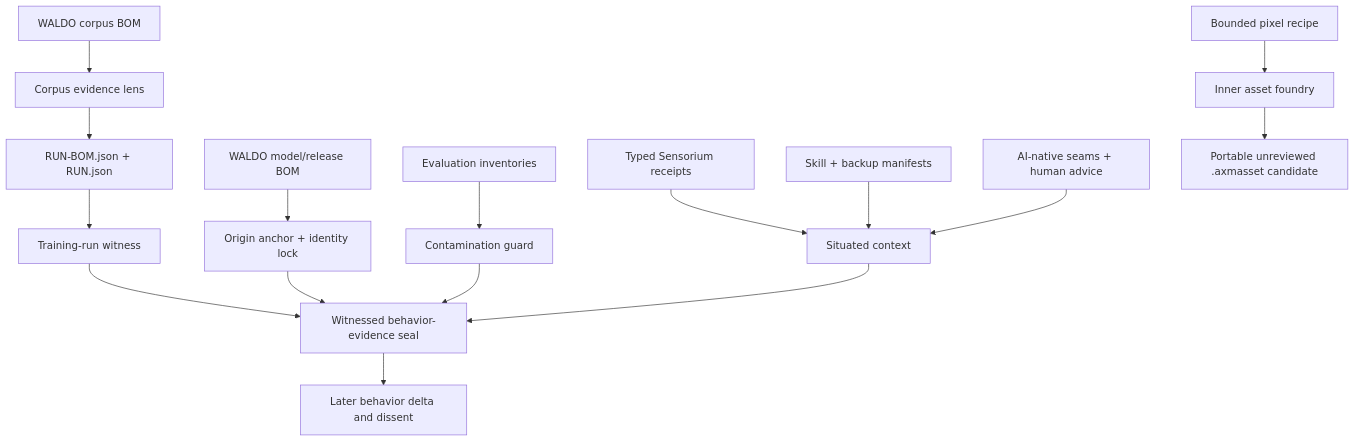
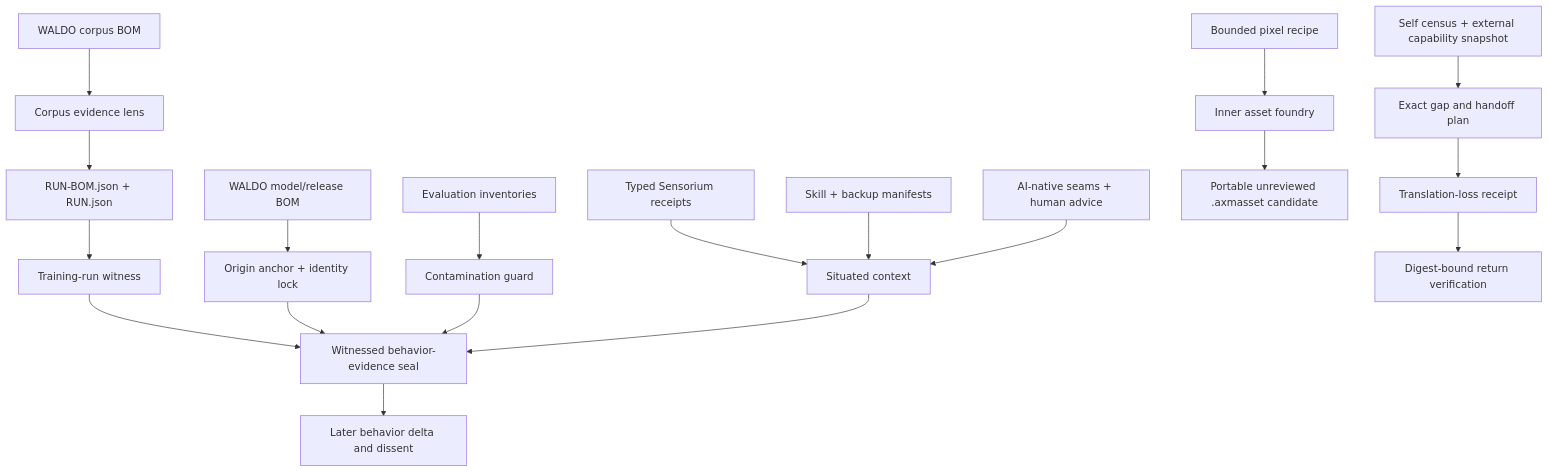
Before and after one commit to mike-axiom-mir/waldo-axm-mirror-research: the diagram in AXM_MIRROR_EXPERIMENT.md, drawn with Mermaid. The commit also changed other lines of this file and 17 other files, not shown here.

````diff
--- a/AXM_MIRROR_EXPERIMENT.md
+++ b/AXM_MIRROR_EXPERIMENT.md
@@ -29,18 +29,21 @@
 ```mermaid
 flowchart TD
     A["WALDO corpus BOM"] --> B["Corpus evidence lens"]
     B --> C["RUN-BOM.json + RUN.json"]
     C --> D["Training-run witness"]
     E["WALDO model/release BOM"] --> F["Origin anchor + identity lock"]
     D --> G["Witnessed behavior-evidence seal"]
     F --> G
     H["Evaluation inventories"] --> I["Contamination guard"]
     I --> G
     K["Typed Sensorium receipts"] --> L["Situated context"]
     M["Skill + backup manifests"] --> L
     N["AI-native seams + human advice"] --> L
     L --> G
     G --> J["Later behavior delta and dissent"]
     O["Bounded pixel recipe"] --> P["Inner asset foundry"]
     P --> Q["Portable unreviewed .axmasset candidate"]
+    R["Self census + external capability snapshot"] --> S["Exact gap and handoff plan"]
+    S --> T["Translation-loss receipt"]
+    T --> U["Digest-bound return verification"]
 ```
````
